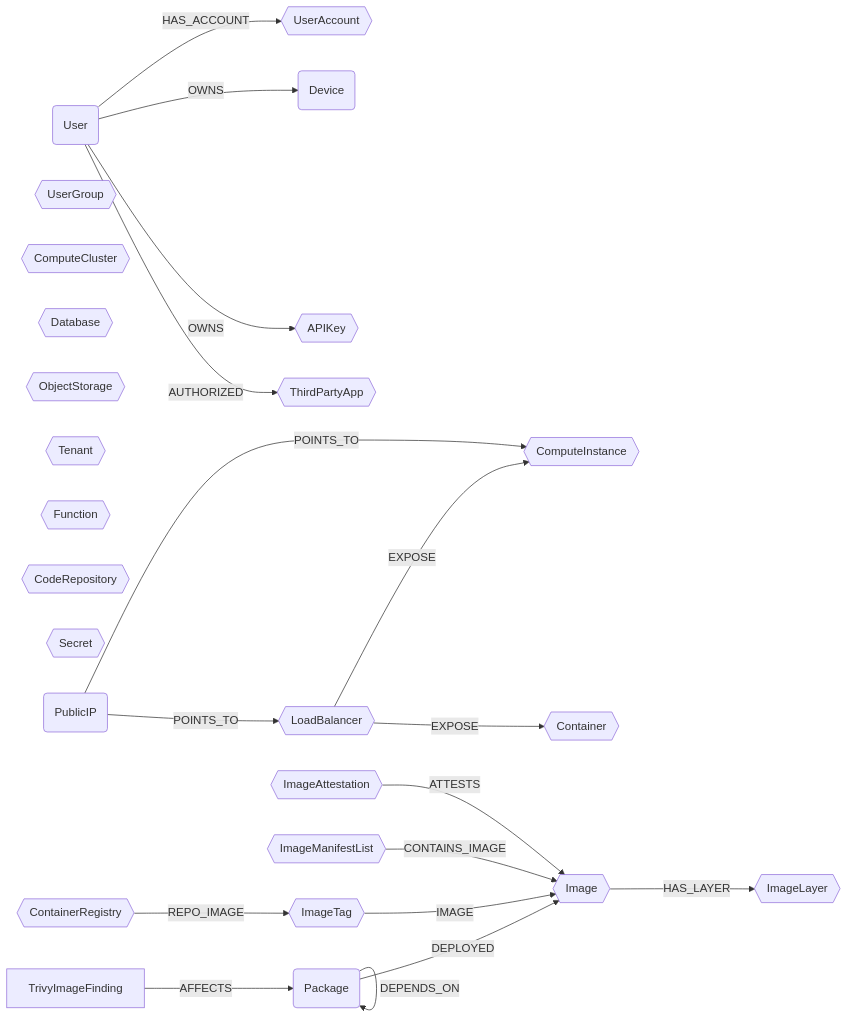
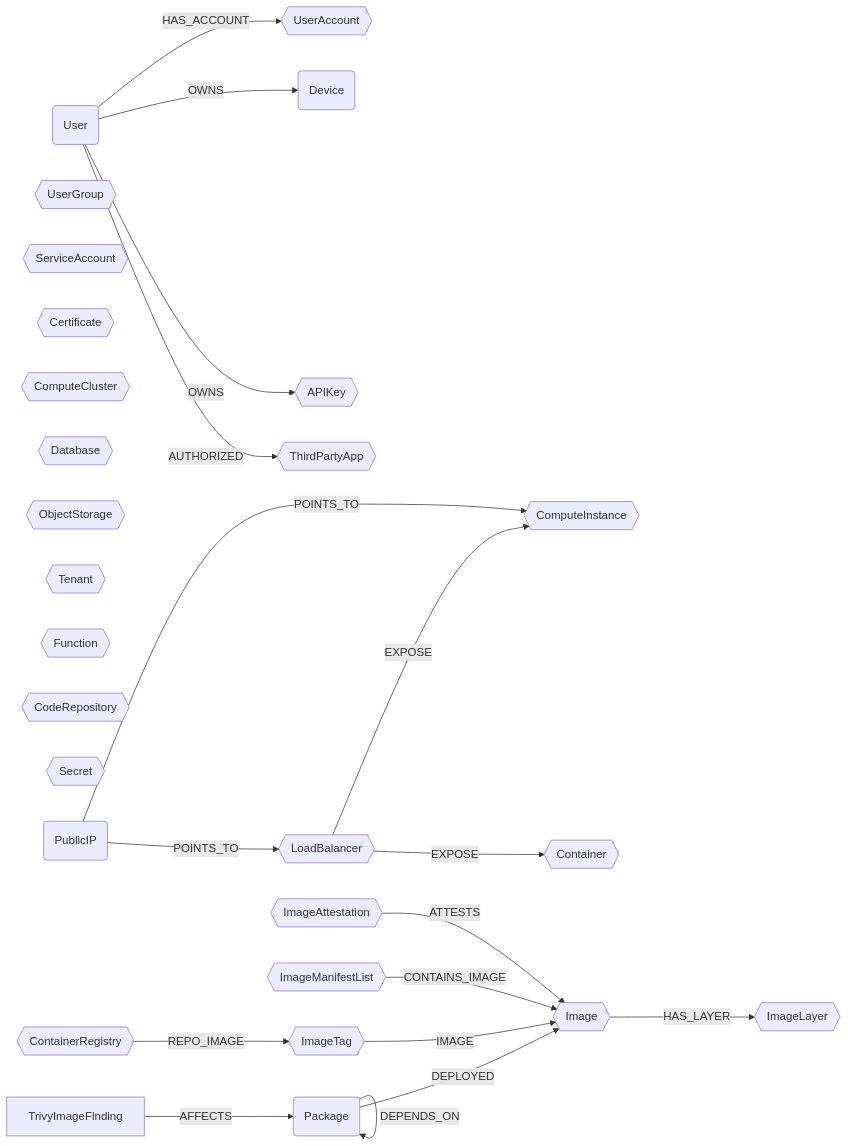
Before and after one commit to sec-js/cartography: the diagram in docs/root/modules/ontology/schema.md, drawn with Mermaid. The commit also changed other lines of this file and 23 other files, not shown here.

````diff
--- a/docs/root/modules/ontology/schema.md
+++ b/docs/root/modules/ontology/schema.md
@@ -6,28 +6,30 @@
 ```mermaid
 graph LR
 
 U(User) -- HAS_ACCOUNT --> UA{{UserAccount}}
 U -- OWNS --> CC(Device)
 U -- OWNS --> AK{{APIKey}}
 U -- AUTHORIZED --> OA{{ThirdPartyApp}}
 UG{{UserGroup}}
+SA{{ServiceAccount}}
+CERT{{Certificate}}
 LB{{LoadBalancer}} -- EXPOSE --> CI{{ComputeInstance}}
 LB{{LoadBalancer}} -- EXPOSE --> CT{{Container}}
 CL{{ComputeCluster}}
 DB{{Database}}
 OS{{ObjectStorage}}
 TN{{Tenant}}
 FN{{Function}}
 REPO{{CodeRepository}}
 SC{{Secret}}
 PIP(PublicIP) -- POINTS_TO --> LB
 PIP -- POINTS_TO --> CI
 PKG(Package) -- DEPLOYED --> IM{{Image}}
 PKG -- DEPENDS_ON --> PKG
 F[TrivyImageFinding] -- AFFECTS --> PKG
 CR{{ContainerRegistry}} -- REPO_IMAGE --> IT{{ImageTag}}
 IT -- IMAGE --> IM
 IML{{ImageManifestList}} -- CONTAINS_IMAGE --> IM
 IA{{ImageAttestation}} -- ATTESTS --> IM
 IM -- HAS_LAYER --> IL{{ImageLayer}}
 ```
````
